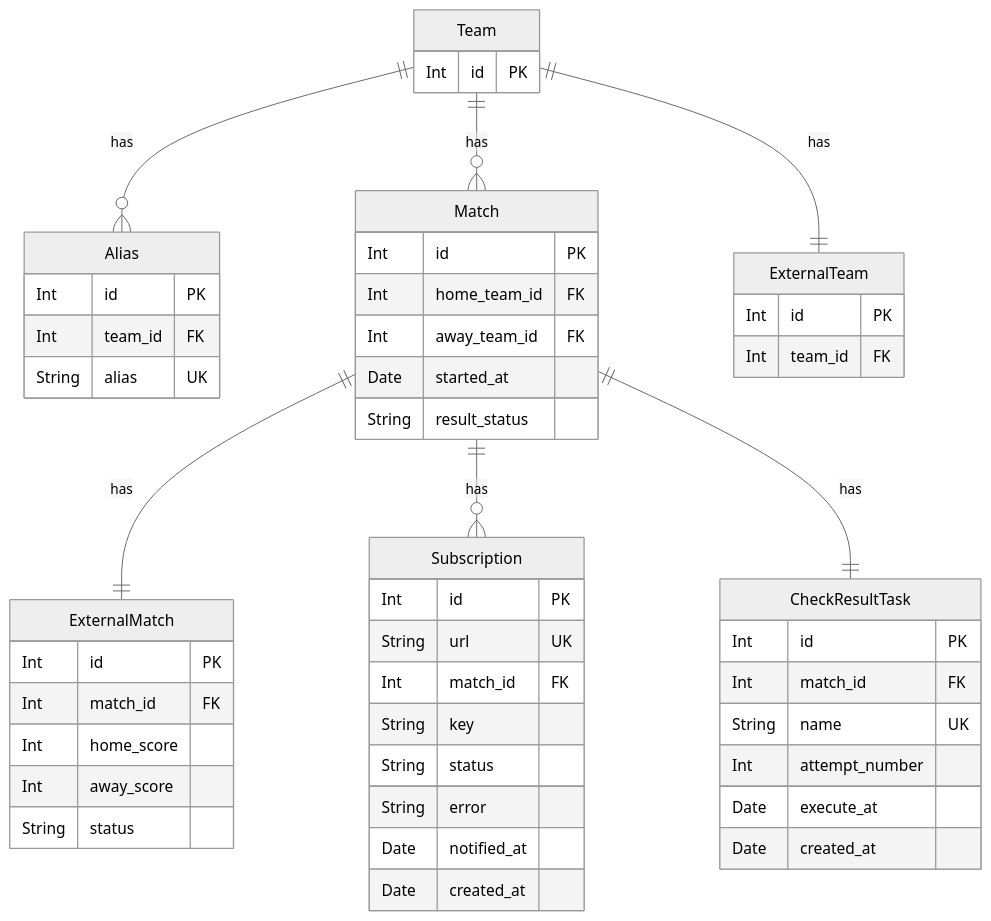
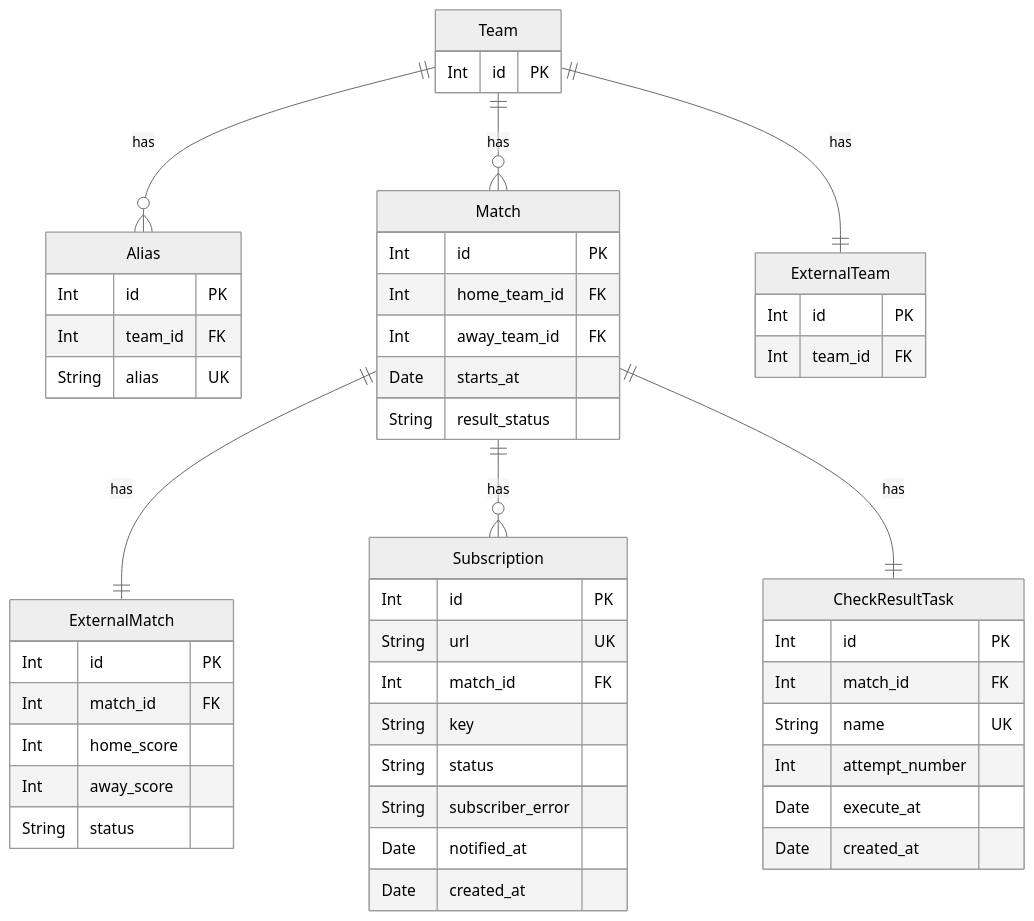
One commit to andrewshostak/result-service changed the first of 7 diagrams in README.md. Above: the diagram before and after it, drawn with Mermaid (neutral theme). The commit also changed other lines of this file and 5 other files, not shown here.

````diff
--- a/README.md
+++ b/README.md
@@ -25,60 +25,60 @@
 ```mermaid
 erDiagram
     Team {
         Int id PK
     }
     
     Alias {
         Int id PK
         Int team_id FK
         String alias UK 
     }
     
     Match {
         Int id PK
         Int home_team_id FK
         Int away_team_id FK
-        Date started_at
+        Date starts_at
         String result_status
     }
     
     ExternalMatch {
         Int id PK
         Int match_id FK
         Int home_score
         Int away_score
         String status
     }
     
     Subscription {
         Int id PK
         String url UK
         Int match_id FK
         String key
         String status
-        String error
+        String subscriber_error
         Date notified_at
         Date created_at
     }
     
     ExternalTeam {
         Int id PK
         Int team_id FK
     }
     
     CheckResultTask {
         Int id PK
         Int match_id FK
         String name UK
         Int attempt_number
         Date execute_at
         Date created_at
     }
     
     Team ||--o{ Alias : has 
     Team ||--o{ Match : has
     Match ||--|| ExternalMatch : has
     Match ||--o{ Subscription : has
     Team ||--|| ExternalTeam : has
     Match ||--|| CheckResultTask : has
 ```
````
